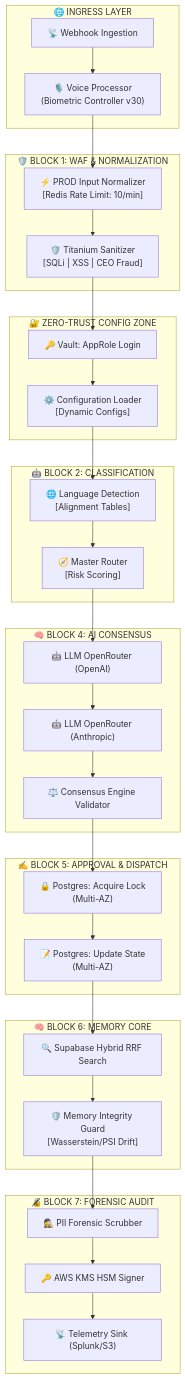
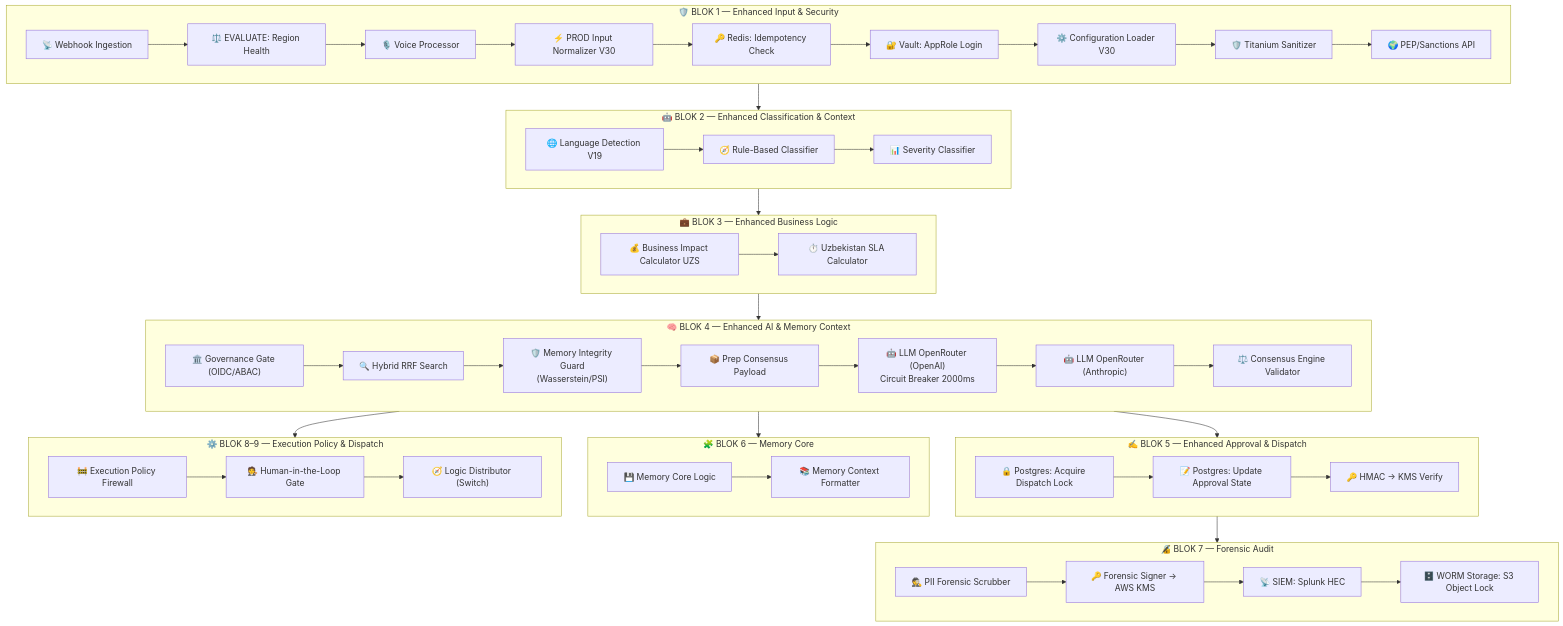
One commit to b12hub/REVENANT_V_30 changed the second of 2 diagrams in README.md. Above: the diagram before and after it, drawn with Mermaid. The commit also changed other lines of this file, not shown here.

````diff
--- a/README.md
+++ b/README.md
@@ -107,47 +107,55 @@
 ```mermaid
 flowchart TD
-    subgraph INGRESS ["🌐 INGRESS LAYER"]
-        WH["📡 Webhook Ingestion"]
-        VP["🎙️ Voice Processor\n(Biometric Controller v30)"]
+    subgraph B1 ["🛡️ BLOK 1 — Enhanced Input & Security"]
+        WH["📡 Webhook Ingestion"] --> RH["⚖️ EVALUATE: Region Health"]
+        RH --> VP["🎙️ Voice Processor"]
+        VP --> NORM["⚡ PROD Input Normalizer V30"]
+        NORM --> RIDEM["🔑 Redis: Idempotency Check"]
+        RIDEM --> VAL["🔐 Vault: AppRole Login"]
+        VAL --> CL["⚙️ Configuration Loader V30"]
+        CL --> TIT["🛡️ Titanium Sanitizer"]
+        TIT --> PEP["🌍 PEP/Sanctions API"]
     end
 
-    subgraph WAF_NORM ["🛡️ BLOCK 1: WAF & NORMALIZATION"]
-        NORM["⚡ PROD Input Normalizer\n[Redis Rate Limit: 10/min]"]
-        TIT["🛡️ Titanium Sanitizer\n[SQLi | XSS | CEO Fraud]"]
+    subgraph B2 ["🤖 BLOK 2 — Enhanced Classification & Context"]
+        LDE["🌐 Language Detection V19"] --> RC["🧭 Rule-Based Classifier"]
+        RC --> SEV["📊 Severity Classifier"]
     end
 
-    subgraph VAULT_ZONE ["🔐 ZERO-TRUST CONFIG ZONE"]
-        VAL["🔑 Vault: AppRole Login"]
-        CL["⚙️ Configuration Loader\n[Dynamic Configs]"]
+    subgraph B3 ["💼 BLOK 3 — Enhanced Business Logic"]
+        BIC["💰 Business Impact Calculator UZS"] --> SLA["⏱️ Uzbekistan SLA Calculator"]
     end
 
-    subgraph CLASSIFICATION ["🤖 BLOCK 2: CLASSIFICATION"]
-        LDE["🌐 Language Detection\n[Alignment Tables]"]
-        MR["🧭 Master Router\n[Risk Scoring]"]
+    subgraph B4 ["🧠 BLOK 4 — Enhanced AI & Memory Context"]
+        GOV["🏛️ Governance Gate (OIDC/ABAC)"] --> RRF["🔍 Hybrid RRF Search"]
+        RRF --> MIG["🛡️ Memory Integrity Guard\n(Wasserstein/PSI)"]
+        MIG --> PCP["📦 Prep Consensus Payload"]
+        PCP --> LLM1["🤖 LLM OpenRouter (OpenAI)\nCircuit Breaker 2000ms"]
+        LLM1 --> LLM2["🤖 LLM OpenRouter (Anthropic)"]
+        LLM2 --> CEV["⚖️ Consensus Engine Validator"]
     end
 
-    subgraph AI_BLOCK ["🧠 BLOCK 4: AI CONSENSUS"]
-        LLM1["🤖 LLM OpenRouter (OpenAI)"]
-        LLM2["🤖 LLM OpenRouter (Anthropic)"]
-        CEV["⚖️ Consensus Engine Validator"]
+    subgraph B5 ["✍️ BLOK 5 — Enhanced Approval & Dispatch"]
+        SDL["🔒 Postgres: Acquire Dispatch Lock"] --> UAS["📝 Postgres: Update Approval State"]
+        UAS --> HMAC["🔑 HMAC → KMS Verify"]
     end
 
-    subgraph APPROVAL ["✍️ BLOCK 5: APPROVAL & DISPATCH"]
-        SDL["🔒 Postgres: Acquire Lock\n(Multi-AZ)"]
-        UAS["📝 Postgres: Update State\n(Multi-AZ)"]
+    subgraph B6 ["🧩 BLOK 6 — Memory Core"]
+        MC["💾 Memory Core Logic"] --> MEM["📚 Memory Context Formatter"]
     end
 
-    subgraph MEMORY ["🧠 BLOCK 6: MEMORY CORE"]
-        SRPC["🔍 Supabase Hybrid RRF Search"]
-        MIG["🛡️ Memory Integrity Guard\n[Wasserstein/PSI Drift]"]
+    subgraph B7 ["🔏 BLOK 7 — Forensic Audit"]
+        SCRUB["🕵️ PII Forensic Scrubber"] --> SIGN["🔑 Forensic Signer → AWS KMS"]
+        SIGN --> SIEM["📡 SIEM: Splunk HEC"]
+        SIEM --> WORM["🗄️ WORM Storage: S3 Object Lock"]
     end
 
-    subgraph AUDIT ["🔏 BLOCK 7: FORENSIC AUDIT"]
-        B74["🕵️ PII Forensic Scrubber"]
-        B76["🔑 AWS KMS HSM Signer"]
-        B77["📡 Telemetry Sink (Splunk/S3)"]
+    subgraph B89 ["⚙️ BLOK 8–9 — Execution Policy & Dispatch"]
+        FW["🚧 Execution Policy Firewall"] --> HIL["🧑‍⚖️ Human-in-the-Loop Gate"]
+        HIL --> DIST["🧭 Logic Distributor (Switch)"]
     end
 
-    WH --> VP --> NORM --> TIT --> VAL --> CL --> LDE --> MR --> LLM1 --> LLM2 --> CEV --> SDL --> UAS --> SRPC --> MIG --> B74 --> B76 --> B77
-
+    B1 --> B2 --> B3 --> B4 --> B5 --> B7
+    B4 --> B6
+    B4 --> B89
 ```
````
